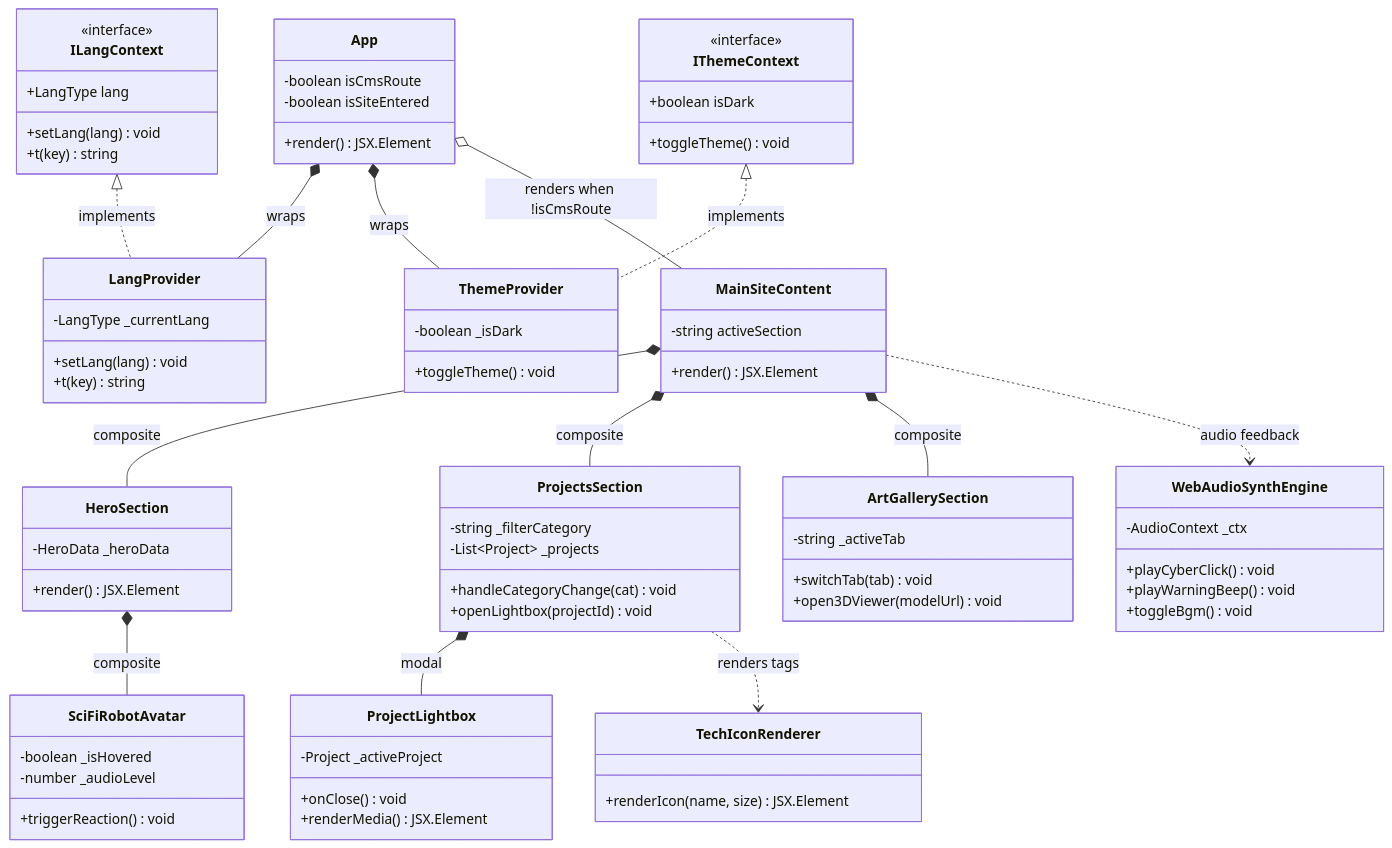
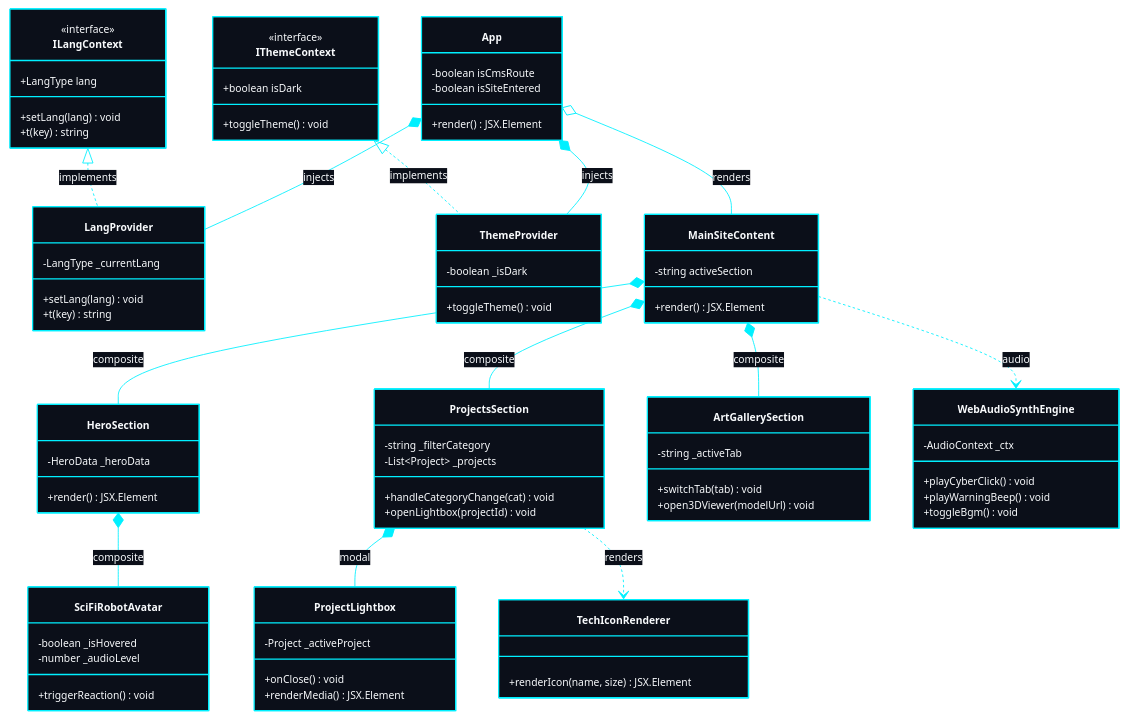
One commit to EricXJason/my-portfolio-website changed the first of 4 diagrams in docs/system-design/07-uml-diagrams.md. Above: the diagram before and after it, drawn with Mermaid. The commit also changed other lines of this file and 11 other files, not shown here.

Commit message:
feat: harmonize architecture diagrams, formalize developer preferences, and consolidate README specifications

````diff
--- a/docs/system-design/07-uml-diagrams.md
+++ b/docs/system-design/07-uml-diagrams.md
@@ -14,4 +14,17 @@
 ```mermaid
+%%{init: {
+  'theme': 'base',
+  'themeVariables': {
+    'darkMode': true,
+    'background': '#030712',
+    'mainBkg': '#0b0f19',
+    'nodeBorder': '#00f0ff',
+    'textColor': '#f8fafc',
+    'lineColor': '#00f0ff',
+    'edgeLabelBackground': '#030712',
+    'fontSize': '12px'
+  }
+}}%%
 classDiagram
     direction TB
 
@@ -91,16 +104,30 @@
         +toggleBgm() void
     }
 
-    App *-- LangProvider : wraps
-    App *-- ThemeProvider : wraps
     ILangContext <|.. LangProvider : implements
     IThemeContext <|.. ThemeProvider : implements
-    App o-- MainSiteContent : renders when !isCmsRoute
+    App *-- LangProvider : injects
+    App *-- ThemeProvider : injects
+    App o-- MainSiteContent : renders
     MainSiteContent *-- HeroSection : composite
     MainSiteContent *-- ProjectsSection : composite
     MainSiteContent *-- ArtGallerySection : composite
     HeroSection *-- SciFiRobotAvatar : composite
     ProjectsSection *-- ProjectLightbox : modal
-    ProjectsSection ..> TechIconRenderer : renders tags
-    MainSiteContent ..> WebAudioSynthEngine : audio feedback
+    ProjectsSection ..> TechIconRenderer : renders
+    MainSiteContent ..> WebAudioSynthEngine : audio
+
+    style App fill:#0b0f19,stroke:#00f0ff,stroke-width:1.5px,color:#f8fafc
+    style ILangContext fill:#0b0f19,stroke:#00f0ff,stroke-width:1.5px,color:#f8fafc
+    style LangProvider fill:#0b0f19,stroke:#00f0ff,stroke-width:1.5px,color:#f8fafc
+    style IThemeContext fill:#0b0f19,stroke:#00f0ff,stroke-width:1.5px,color:#f8fafc
+    style ThemeProvider fill:#0b0f19,stroke:#00f0ff,stroke-width:1.5px,color:#f8fafc
+    style MainSiteContent fill:#0b0f19,stroke:#00f0ff,stroke-width:1.5px,color:#f8fafc
+    style HeroSection fill:#0b0f19,stroke:#00f0ff,stroke-width:1.5px,color:#f8fafc
+    style SciFiRobotAvatar fill:#0b0f19,stroke:#00f0ff,stroke-width:1.5px,color:#f8fafc
+    style ProjectsSection fill:#0b0f19,stroke:#00f0ff,stroke-width:1.5px,color:#f8fafc
+    style ProjectLightbox fill:#0b0f19,stroke:#00f0ff,stroke-width:1.5px,color:#f8fafc
+    style ArtGallerySection fill:#0b0f19,stroke:#00f0ff,stroke-width:1.5px,color:#f8fafc
+    style TechIconRenderer fill:#0b0f19,stroke:#00f0ff,stroke-width:1.5px,color:#f8fafc
+    style WebAudioSynthEngine fill:#0b0f19,stroke:#00f0ff,stroke-width:1.5px,color:#f8fafc
 ```
````
